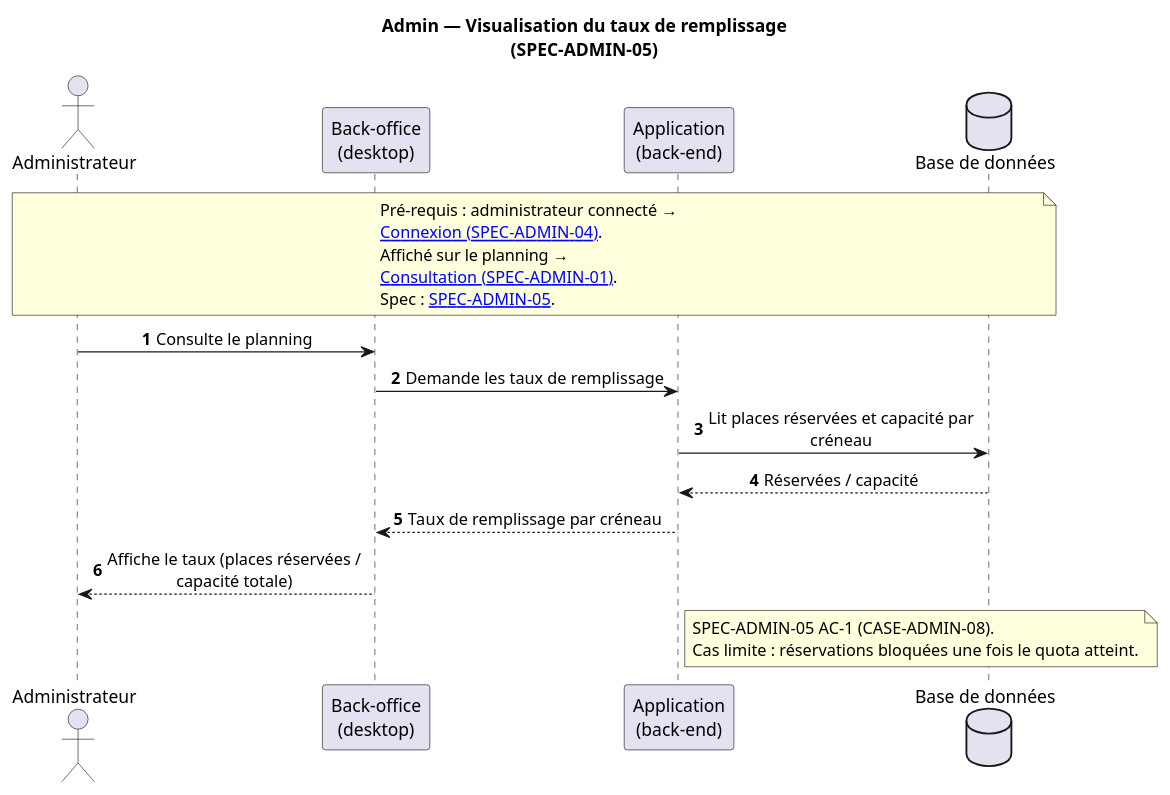
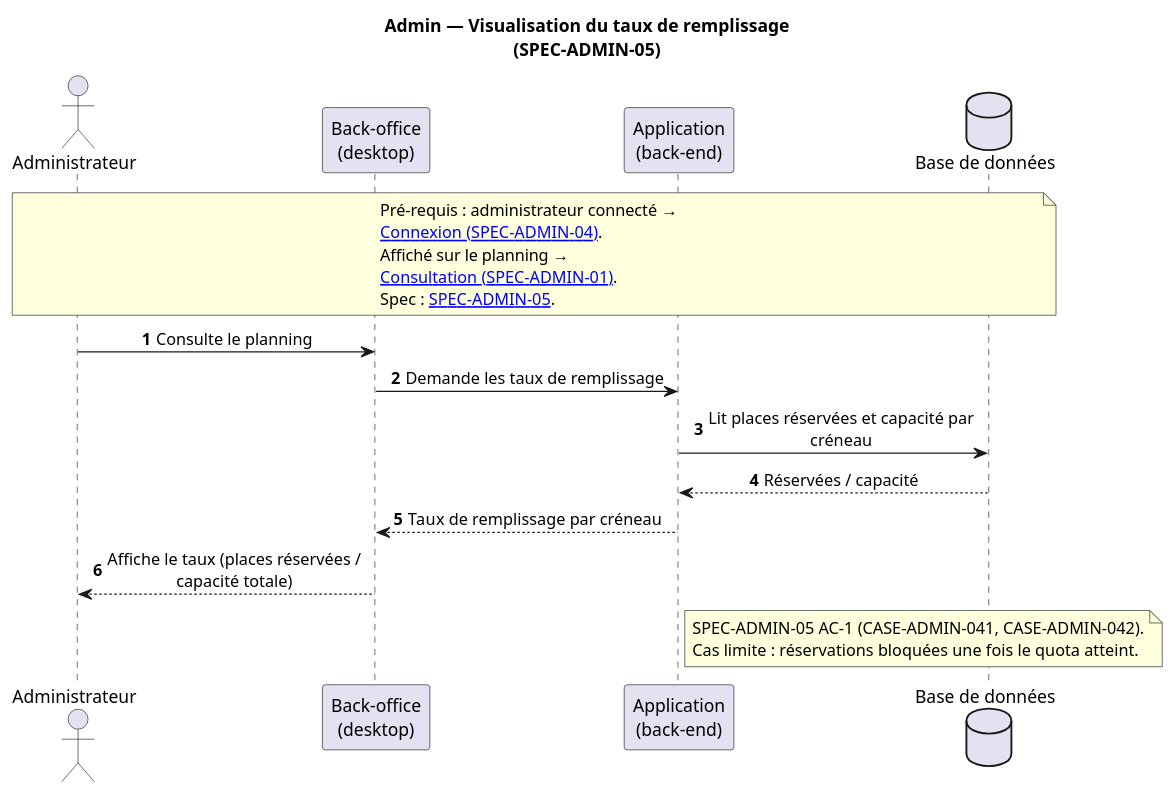
Before and after one commit to Pinguin211/Ti_Baleine: the diagram in docs/uml/sequences/admin-taux-remplissage.puml, drawn with PlantUML. The commit also changed 80 other files, not shown here.

Commit message:
FEAT(Test): Ajout des test case de la partie admin

```diff
--- a/docs/uml/sequences/admin-taux-remplissage.puml
+++ b/docs/uml/sequences/admin-taux-remplissage.puml
@@ -1,32 +1,32 @@
 @startuml admin-taux-remplissage
 title Admin — Visualisation du taux de remplissage\n(SPEC-ADMIN-05)
 
 skinparam sequenceMessageAlign center
 skinparam maxMessageSize 240
 autonumber
 
 actor "Administrateur" as Admin
 participant "Back-office\n(desktop)" as BO
 participant "Application\n(back-end)" as App
 database "Base de données" as BDD
 
 note over Admin, BDD
   Pré-requis : administrateur connecté →
   [[admin-login.svg Connexion (SPEC-ADMIN-04)]].
   Affiché sur le planning →
   [[admin-consultation-planning.svg Consultation (SPEC-ADMIN-01)]].
   Spec : [[../../../specs/admin.md SPEC-ADMIN-05]].
 end note
 
 Admin -> BO : Consulte le planning
 BO -> App : Demande les taux de remplissage
 App -> BDD : Lit places réservées et capacité par créneau
 BDD --> App : Réservées / capacité
 App --> BO : Taux de remplissage par créneau
 BO --> Admin : Affiche le taux (places réservées / capacité totale)
 note right of App
-  SPEC-ADMIN-05 AC-1 (CASE-ADMIN-08).
+  SPEC-ADMIN-05 AC-1 (CASE-ADMIN-041, CASE-ADMIN-042).
   Cas limite : réservations bloquées une fois le quota atteint.
 end note
 
 @enduml
```
